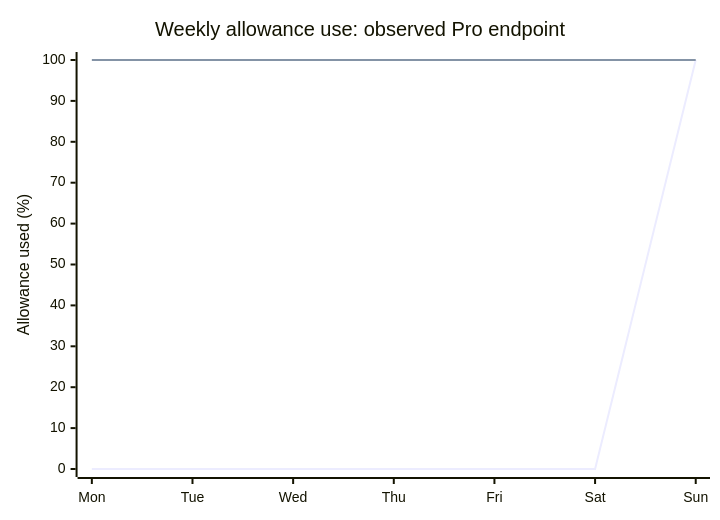
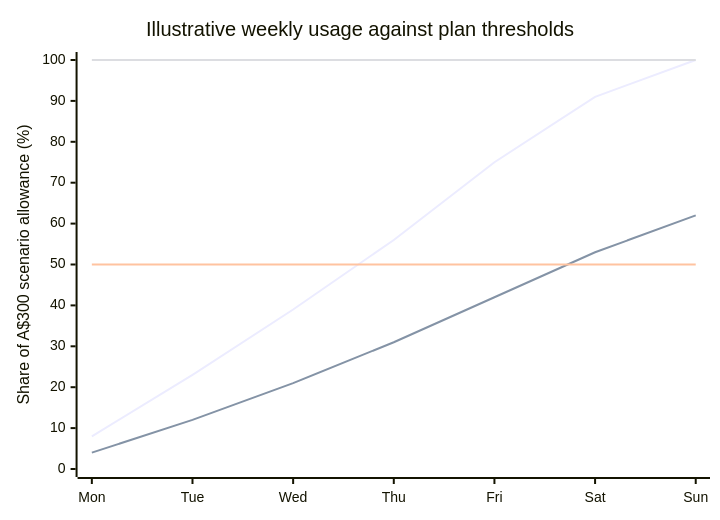
The diagram in README.md (lockej2005/model-router-skill), drawn with Mermaid before and after one commit. The commit also changed other lines of this file, not shown here.

Commit message:
Add two routing curves and plan threshold lines

````diff
--- a/README.md
+++ b/README.md
@@ -54,8 +54,10 @@
 ```mermaid
 xychart-beta
-    title "Weekly allowance use: observed Pro endpoint"
+    title "Illustrative weekly usage against plan thresholds"
     x-axis [Mon, Tue, Wed, Thu, Fri, Sat, Sun]
-    y-axis "Allowance used (%)" 0 --> 100
-    line [0, 0, 0, 0, 0, 0, 100]
+    y-axis "Share of A$300 scenario allowance (%)" 0 --> 100
+    line [8, 23, 39, 56, 75, 91, 100]
+    line [4, 12, 21, 31, 42, 53, 62]
+    line [50, 50, 50, 50, 50, 50, 50]
     line [100, 100, 100, 100, 100, 100, 100]
 ```
````
